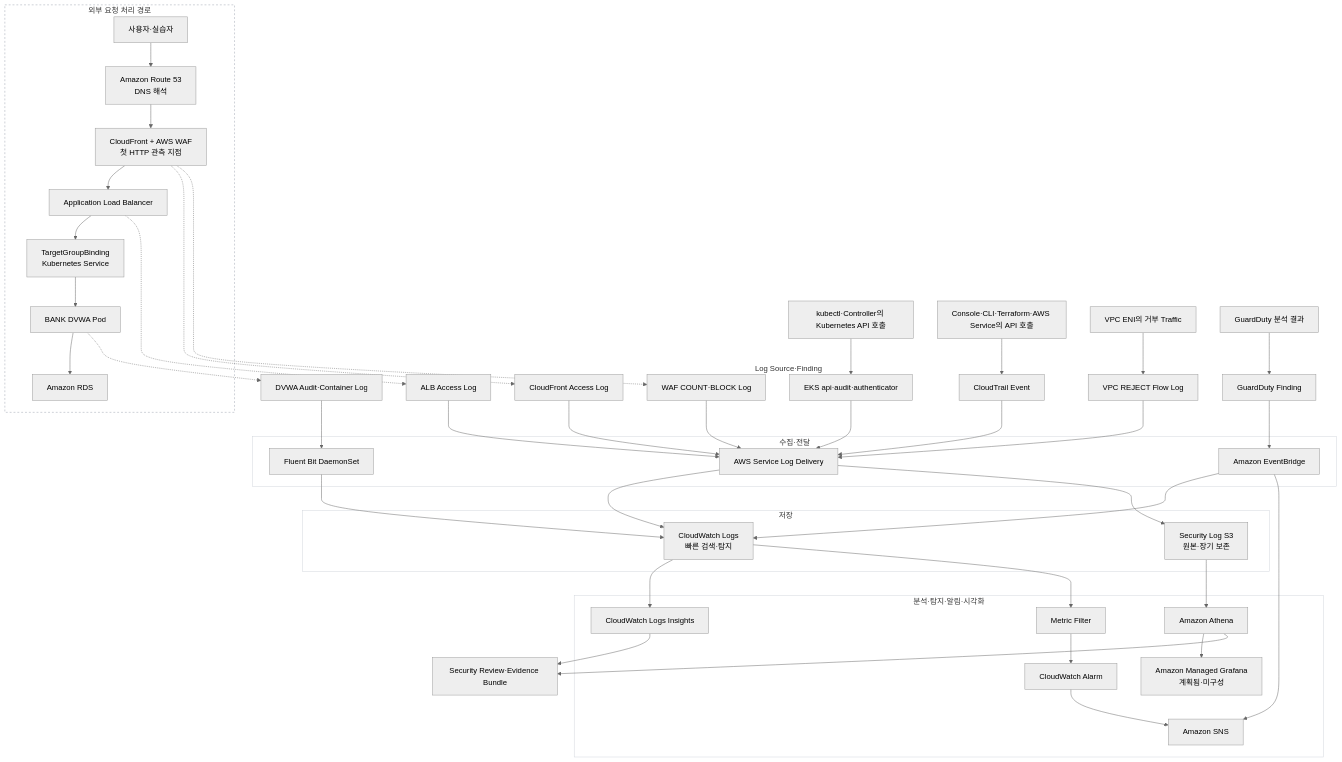
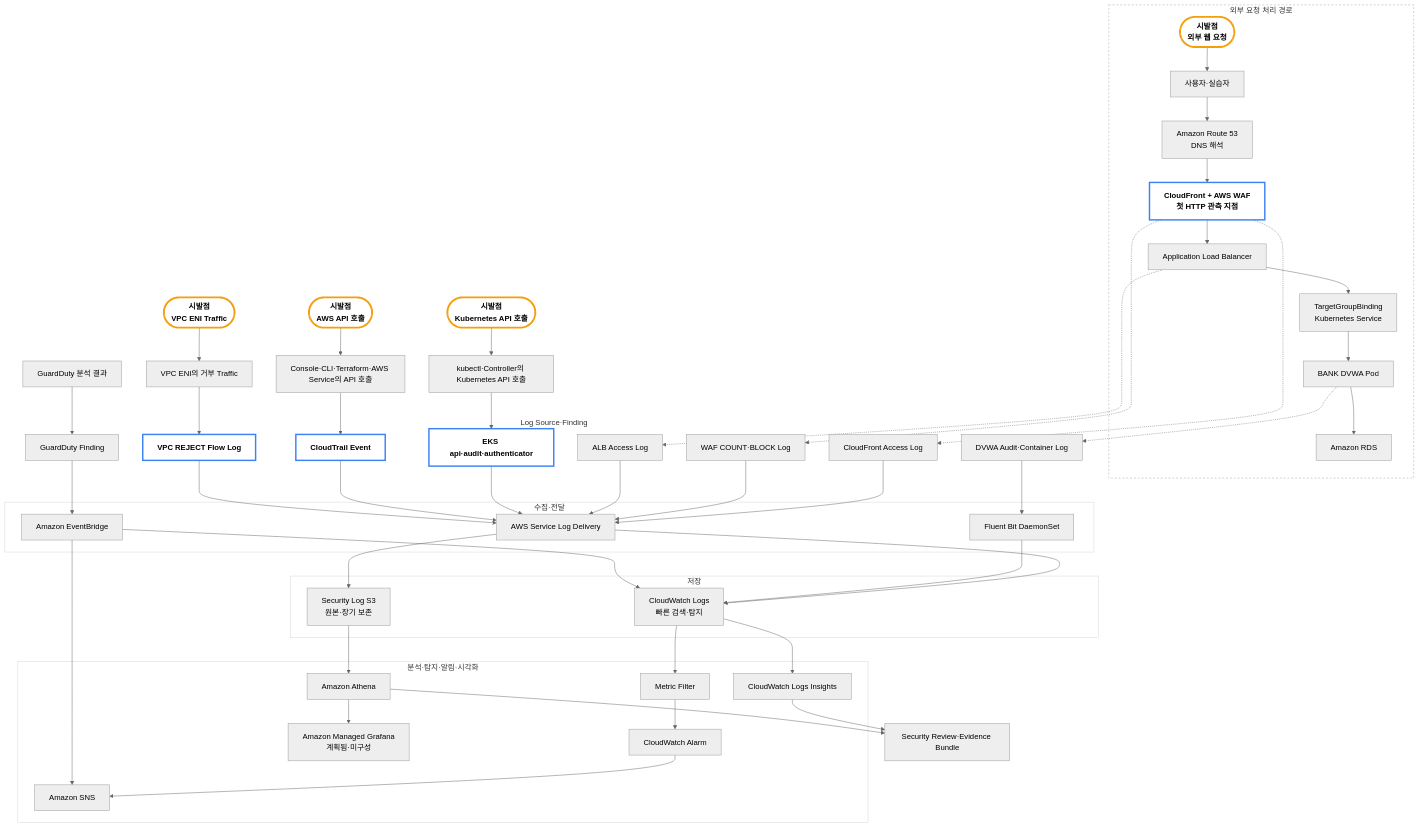
The diagram in 20_팀 프로젝트/3차 프로젝트/공부/00_로그 인프라 전체 흐름.md (Unoh03/Obsi3), drawn with Mermaid (neutral theme) before and after one commit.

Commit message:
Mark Mermaid flow origins

````diff
--- a/20_팀 프로젝트/3차 프로젝트/공부/00_로그 인프라 전체 흐름.md
+++ b/20_팀 프로젝트/3차 프로젝트/공부/00_로그 인프라 전체 흐름.md
@@ -45,7 +45,8 @@
 ```mermaid
 flowchart TB
     subgraph REQUEST["외부 요청 처리 경로"]
-        User["사용자·실습자"] --> Route53["Amazon Route 53<br/>DNS 해석"]
+        WebStart(["시발점<br/>외부 웹 요청"]):::origin --> User["사용자·실습자"]
+        User --> Route53["Amazon Route 53<br/>DNS 해석"]
         Route53 --> Edge["CloudFront + AWS WAF<br/>첫 HTTP 관측 지점"]
         Edge --> ALB["Application Load Balancer"]
         ALB --> K8sService["TargetGroupBinding<br/>Kubernetes Service"]
@@ -68,9 +69,14 @@
     Edge -.-> WAFLog
     ALB -.-> ALBLog
     DVWA -.-> AppLog
-    K8sAPI["kubectl·Controller의 Kubernetes API 호출"] --> EKSLog
-    AWSAPI["Console·CLI·Terraform·AWS Service의 API 호출"] --> CTLog
-    Network["VPC ENI의 거부 Traffic"] --> FlowLog
+
+    K8sStart(["시발점<br/>Kubernetes API 호출"]):::origin --> K8sAPI["kubectl·Controller의 Kubernetes API 호출"]
+    AWSStart(["시발점<br/>AWS API 호출"]):::origin --> AWSAPI["Console·CLI·Terraform·AWS Service의 API 호출"]
+    NetStart(["시발점<br/>VPC ENI Traffic"]):::origin --> Network["VPC ENI의 거부 Traffic"]
+
+    K8sAPI --> EKSLog
+    AWSAPI --> CTLog
+    Network --> FlowLog
     Threat["GuardDuty 분석 결과"] --> GDFinding
 
     subgraph DELIVERY["수집·전달"]
@@ -115,6 +121,11 @@
     Insights --> Evidence["Security Review·Evidence Bundle"]
     Athena --> Evidence
 
+    %% 시나리오의 사건 시작점과 첫 로그 관측 지점을 별도로 표시한다.
+    classDef origin fill:none,stroke:#f59e0b,stroke-width:4px,font-weight:bold
+    classDef firstObservation fill:none,stroke:#3b82f6,stroke-width:3px,font-weight:bold
+    class Edge,CTLog,EKSLog,FlowLog firstObservation
+
     %% Subgraph 배경이 외부 연결선을 덮지 않도록 모든 영역의 fill을 제거한다.
     %% Log Source 영역은 테두리도 제거해 각 사건 지점에서 시작하는 점선이 노드까지 보이게 한다.
     style REQUEST fill:none,stroke:#9ca3af,stroke-width:1px,stroke-dasharray:4 4
````
